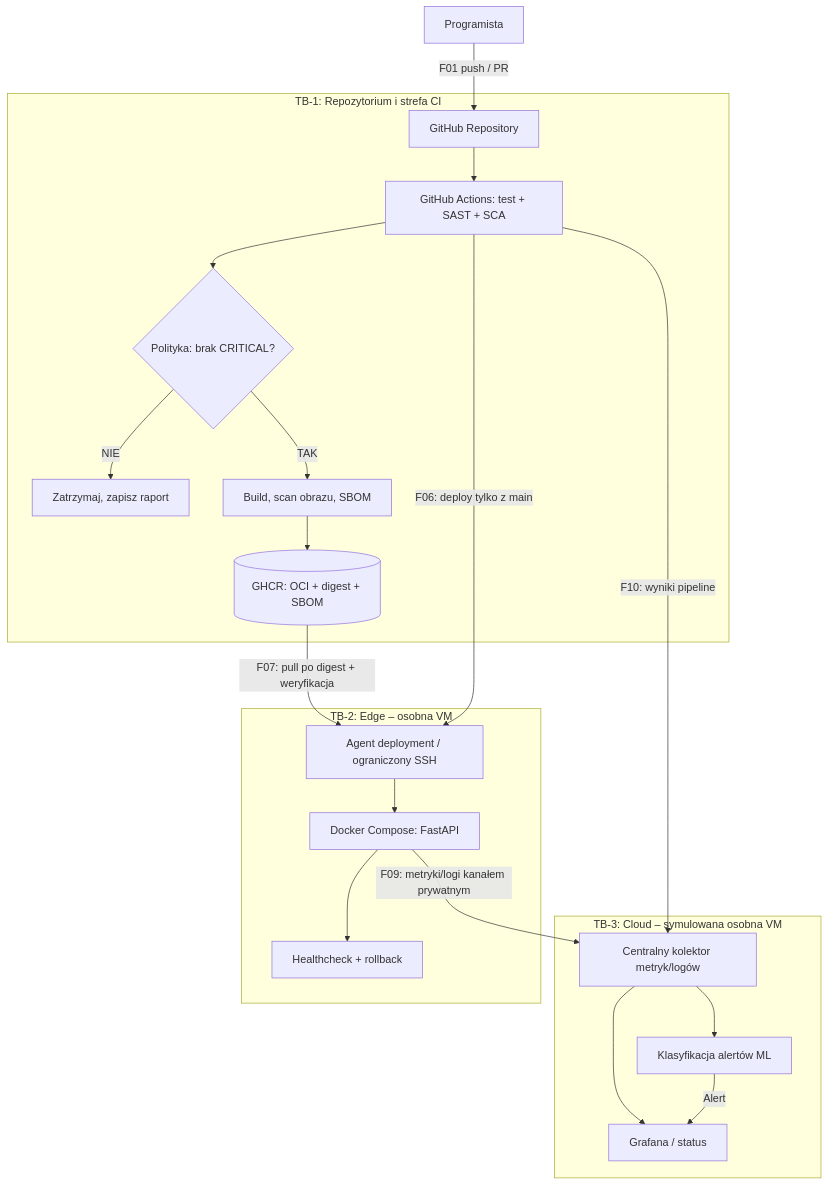
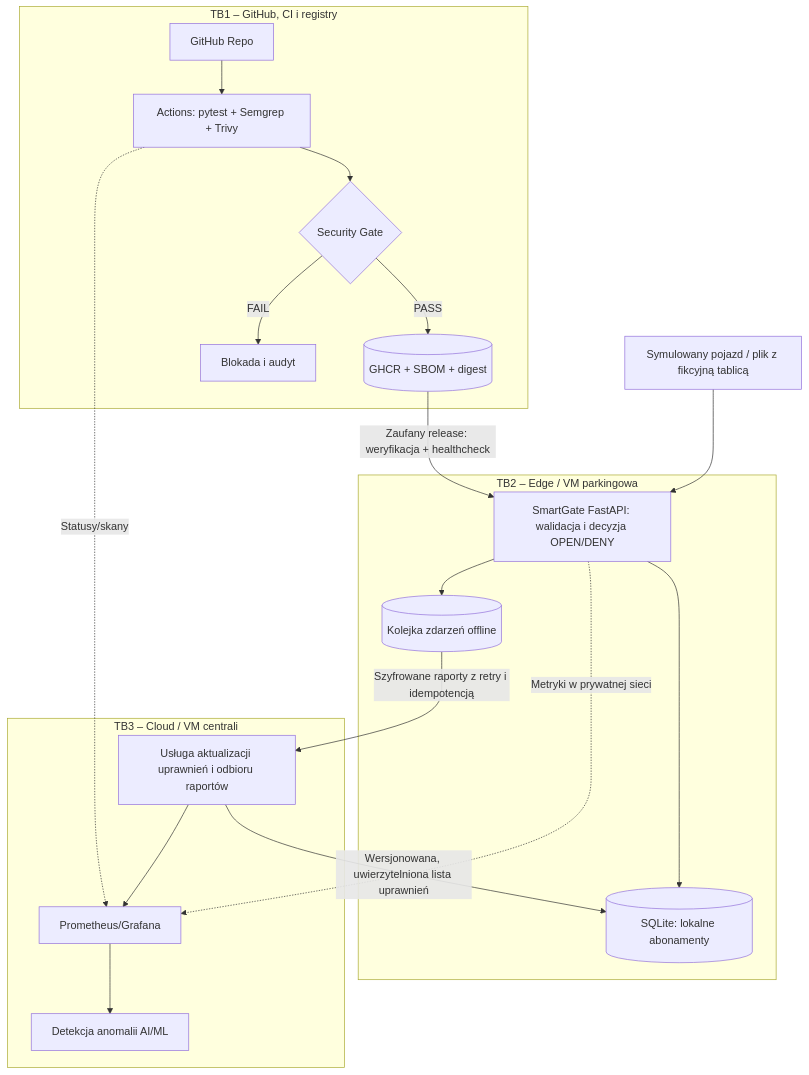
Before and after one commit to pniewrzol/-DevSecOps-Edge-Cloud-app: the diagram in docs/M2/02-architektura.md, drawn with Mermaid. The commit also changed other lines of this file and 28 other files, not shown here.

Commit message:
feat: migrate Edge-Cloud PoC to SmartGate DevSecOps

````diff
--- a/docs/M2/02-architektura.md
+++ b/docs/M2/02-architektura.md
@@ -7,29 +5,28 @@
 ```mermaid
 flowchart TB
-  DEV[Programista] -->|F01 push / PR| REPO
-  subgraph CI[TB-1: Repozytorium i strefa CI]
-    REPO[GitHub Repository] --> ACTION[GitHub Actions: test + SAST + SCA]
-    ACTION --> GATE{Polityka: brak CRITICAL?}
-    GATE -->|NIE| DENY[Zatrzymaj, zapisz raport]
-    GATE -->|TAK| BUILD[Build, scan obrazu, SBOM]
-    BUILD --> REG[(GHCR: OCI + digest + SBOM)]
+  CAR["Symulowany pojazd / plik z fikcyjną tablicą"] --> API
+  subgraph EDGE["TB2 – Edge / VM parkingowa"]
+    API["SmartGate FastAPI: walidacja i decyzja OPEN/DENY"]
+    DB[("SQLite: lokalne abonamenty")]
+    OUT[("Kolejka zdarzeń offline")]
+    API --> DB
+    API --> OUT
   end
-  subgraph EDGE[TB-2: Edge – osobna VM]
-    AGENT[Agent deployment / ograniczony SSH]
-    APP[Docker Compose: FastAPI]
-    CHECK[Healthcheck + rollback]
-    AGENT --> APP --> CHECK
+  subgraph CLOUD["TB3 – Cloud / VM centrali"]
+    SYNC["Usługa aktualizacji uprawnień i odbioru raportów"]
+    MET["Prometheus/Grafana"]
+    ML["Detekcja anomalii AI/ML"]
+    SYNC --> MET --> ML
   end
-  subgraph CLOUD[TB-3: Cloud – symulowana osobna VM]
-    COLLECT[Centralny kolektor metryk/logów]
-    DASH[Grafana / status]
-    AI[Klasyfikacja alertów ML]
-    COLLECT --> DASH
-    COLLECT --> AI
-    AI -->|Alert| DASH
+  OUT -->|"Szyfrowane raporty z retry i idempotencją"| SYNC
+  SYNC -->|"Wersjonowana, uwierzytelniona lista uprawnień"| DB
+  API -.->|"Metryki w prywatnej sieci"| MET
+  subgraph CICD["TB1 – GitHub, CI i registry"]
+    GIT["GitHub Repo"] --> CI["Actions: pytest + Semgrep + Trivy"]
+    CI --> GATE{"Security Gate"}
+    GATE -->|PASS| REG[("GHCR + SBOM + digest")]
+    GATE -->|FAIL| STOP["Blokada i audyt"]
   end
-  ACTION -->|F06: deploy tylko z main| AGENT
-  REG -->|F07: pull po digest + weryfikacja| AGENT
-  APP -->|F09: metryki/logi kanałem prywatnym| COLLECT
-  ACTION -->|F10: wyniki pipeline| COLLECT
+  REG -->|"Zaufany release: weryfikacja + healthcheck"| API
+  CI -.->|"Statusy/skany"| MET
 ```
````
